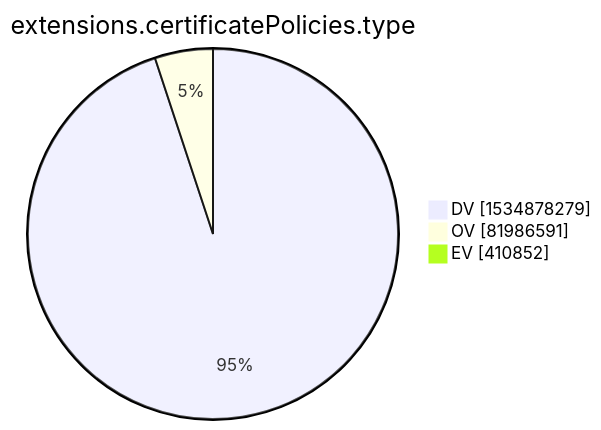
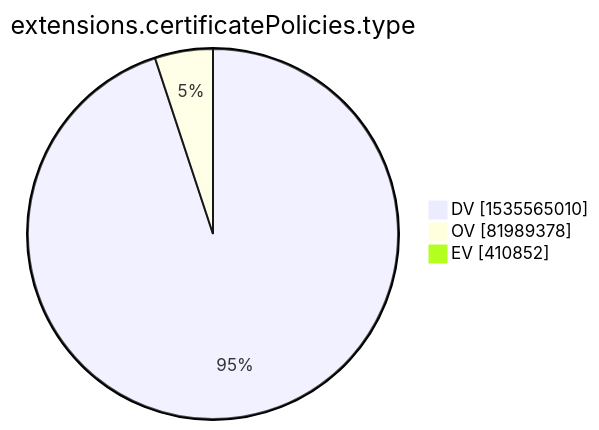
The tenth of 15 diagrams in xenon2022/README.md (christiankrug/ctmonitor_visualization), drawn with Mermaid before and after one commit. The commit also changed other lines of this file, not shown here.

````diff
--- a/xenon2022/README.md
+++ b/xenon2022/README.md
@@ -2875,7 +2875,7 @@
 ```mermaid
 pie showData
 title extensions.certificatePolicies.type
-"DV" :1534878279
-"OV" :81986591
+"DV" :1535565010
+"OV" :81989378
 "EV" :410852
 ```
````
